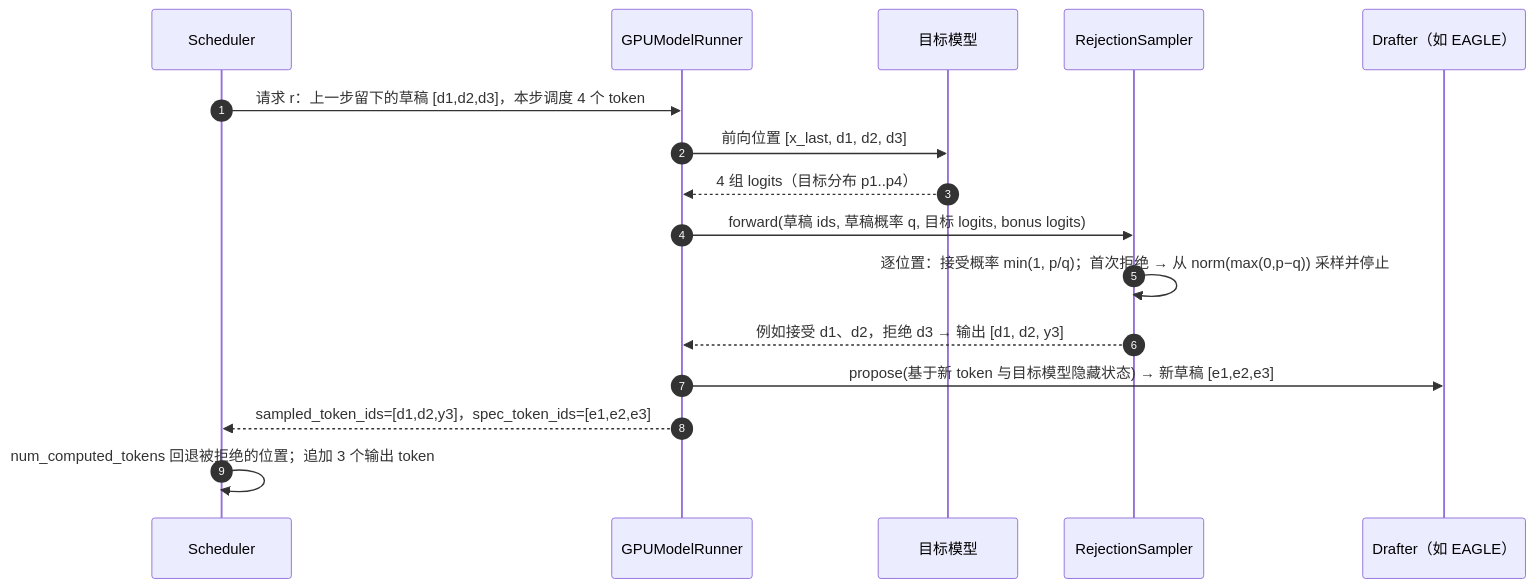
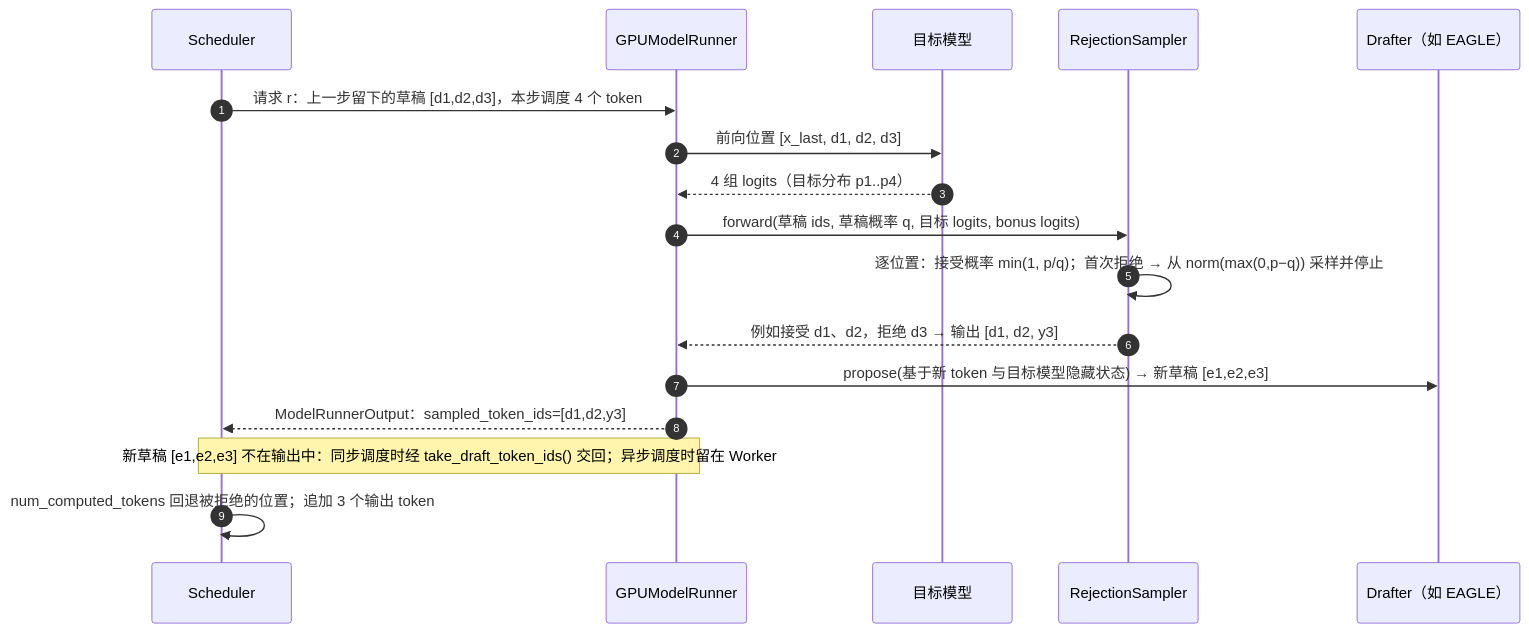
One commit to Wedsonlin/vllm_code changed the diagram in course/revised/diagrams-src/F1/F1-fig2.mmd. Above: the diagram before and after it, drawn with Mermaid. The commit also changed 36 other files, not shown here.

Commit message:
course: audit diagrams against vLLM v0.30.0; follow-up text fixes

```diff
--- a/course/revised/diagrams-src/F1/F1-fig2.mmd
+++ b/course/revised/diagrams-src/F1/F1-fig2.mmd
@@ -1,16 +1,17 @@
 sequenceDiagram
   autonumber
   participant S as Scheduler
   participant R as GPUModelRunner
   participant T as 目标模型
   participant J as RejectionSampler
   participant D as Drafter（如 EAGLE）
   S->>R: 请求 r：上一步留下的草稿 [d1,d2,d3]，本步调度 4 个 token
   R->>T: 前向位置 [x_last, d1, d2, d3]
   T-->>R: 4 组 logits（目标分布 p1..p4）
   R->>J: forward(草稿 ids, 草稿概率 q, 目标 logits, bonus logits)
   J->>J: 逐位置：接受概率 min(1, p/q)；首次拒绝 → 从 norm(max(0,p−q)) 采样并停止
   J-->>R: 例如接受 d1、d2，拒绝 d3 → 输出 [d1, d2, y3]
   R->>D: propose(基于新 token 与目标模型隐藏状态) → 新草稿 [e1,e2,e3]
-  R-->>S: sampled_token_ids=[d1,d2,y3]，spec_token_ids=[e1,e2,e3]
+  R-->>S: ModelRunnerOutput：sampled_token_ids=[d1,d2,y3]
+  Note over S,R: 新草稿 [e1,e2,e3] 不在输出中：同步调度时经 take_draft_token_ids() 交回；异步调度时留在 Worker
   S->>S: num_computed_tokens 回退被拒绝的位置；追加 3 个输出 token
```
